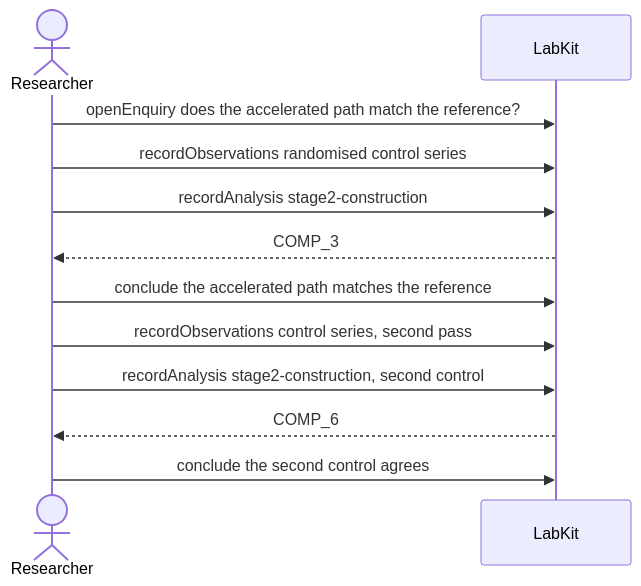
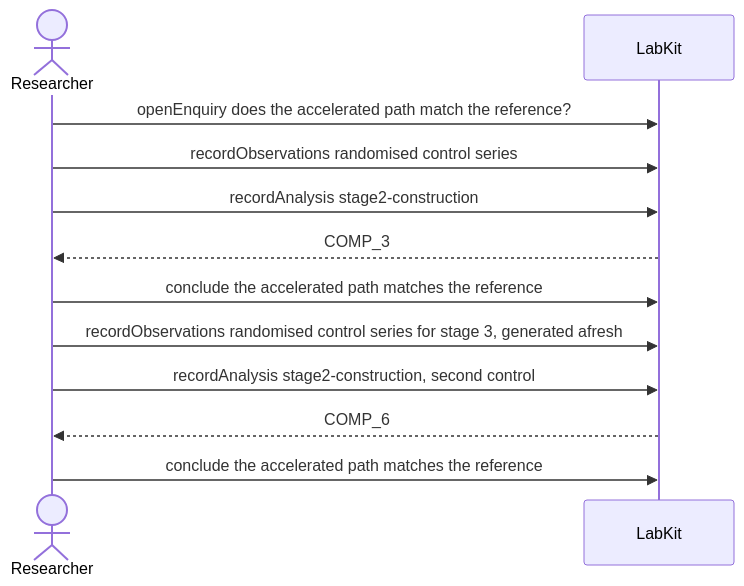
Before and after one commit to danbarua/labkit: the diagram in docs/scenarios/S-9b.md, drawn with Mermaid. The commit also changed other lines of this file and 99 other files, not shown here.

````diff
--- a/docs/scenarios/S-9b.md
+++ b/docs/scenarios/S-9b.md
@@ -7,14 +7,14 @@
 ```mermaid
 sequenceDiagram
     actor Researcher
     participant R as LabKit
     Researcher->>R: openEnquiry does the accelerated path match the reference?
     Researcher->>R: recordObservations randomised control series
     Researcher->>R: recordAnalysis stage2-construction
     R-->>Researcher: COMP_3
     Researcher->>R: conclude the accelerated path matches the reference
-    Researcher->>R: recordObservations control series, second pass
+    Researcher->>R: recordObservations randomised control series for stage 3, generated afresh
     Researcher->>R: recordAnalysis stage2-construction, second control
     R-->>Researcher: COMP_6
-    Researcher->>R: conclude the second control agrees
+    Researcher->>R: conclude the accelerated path matches the reference
 ```
````
